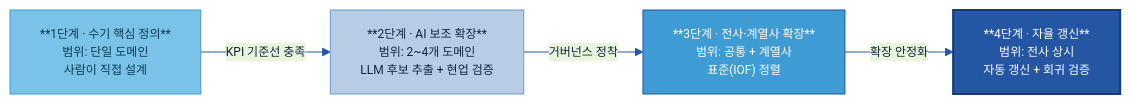
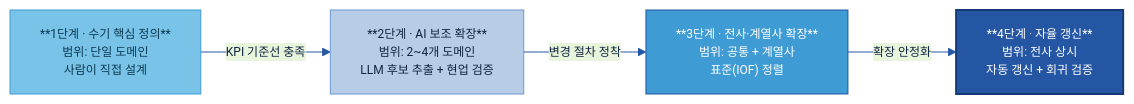
The eighth of 8 diagrams in 가이드 작성/B-3 온톨로지/B-3 온톨로지.md (jin-kearney/ai-ready-data-manual), drawn with Mermaid before and after one commit. The commit also changed other lines of this file and 1 other file, not shown here.

First line of the commit message:
docs(B-3): §4.6 운영·유지를 실질적으로 재작성 (거버넌스 보드·승인 프레이밍 제거)

````diff
--- a/가이드 작성/B-3 온톨로지/B-3 온톨로지.md
+++ b/가이드 작성/B-3 온톨로지/B-3 온톨로지.md
@@ -759,13 +776,13 @@
 ```mermaid
 %%{init: {'theme':'base','themeVariables':{'primaryColor':'#DCE8F5','primaryBorderColor':'#2456A4','primaryTextColor':'#10243f','lineColor':'#2456A4','clusterBkg':'#EEF4FB','clusterBorder':'#6B9AD1','fontSize':'12px'}}}%%
 flowchart LR
     S1["**1단계 · 수기 핵심 정의**\n범위: 단일 도메인\n사람이 직접 설계"]:::src
     S2["**2단계 · AI 보조 확장**\n범위: 2~4개 도메인\nLLM 후보 추출 + 현업 검증"]:::n
     S3["**3단계 · 전사·계열사 확장**\n범위: 공통 + 계열사\n표준(IOF) 정렬"]:::gate
     S4["**4단계 · 자율 갱신**\n범위: 전사 상시\n자동 갱신 + 회귀 검증"]:::cat
-    S1 -->|"KPI 기준선 충족"| S2 -->|"거버넌스 정착"| S3 -->|"확장 안정화"| S4
+    S1 -->|"KPI 기준선 충족"| S2 -->|"변경 절차 정착"| S3 -->|"확장 안정화"| S4
     classDef src fill:#79C3E8,stroke:#3F9BD4,color:#0b3a52;
     classDef n fill:#B7CDE6,stroke:#6B9AD1,color:#10243f;
     classDef gate fill:#3F9BD4,stroke:#2456A4,color:#fff;
     classDef cat fill:#2456A4,color:#fff,stroke:#163a73,stroke-width:2px;
 ```
````
